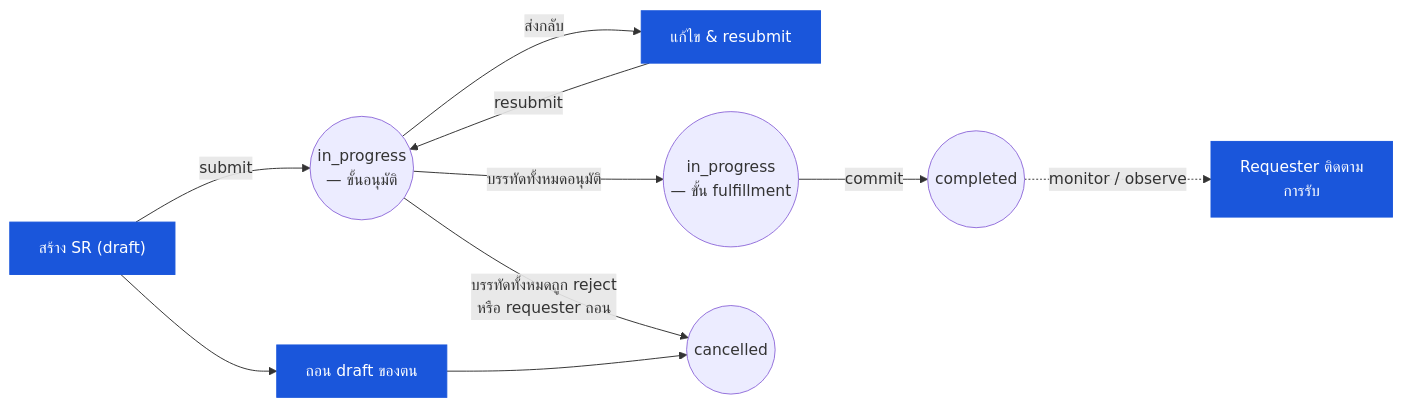
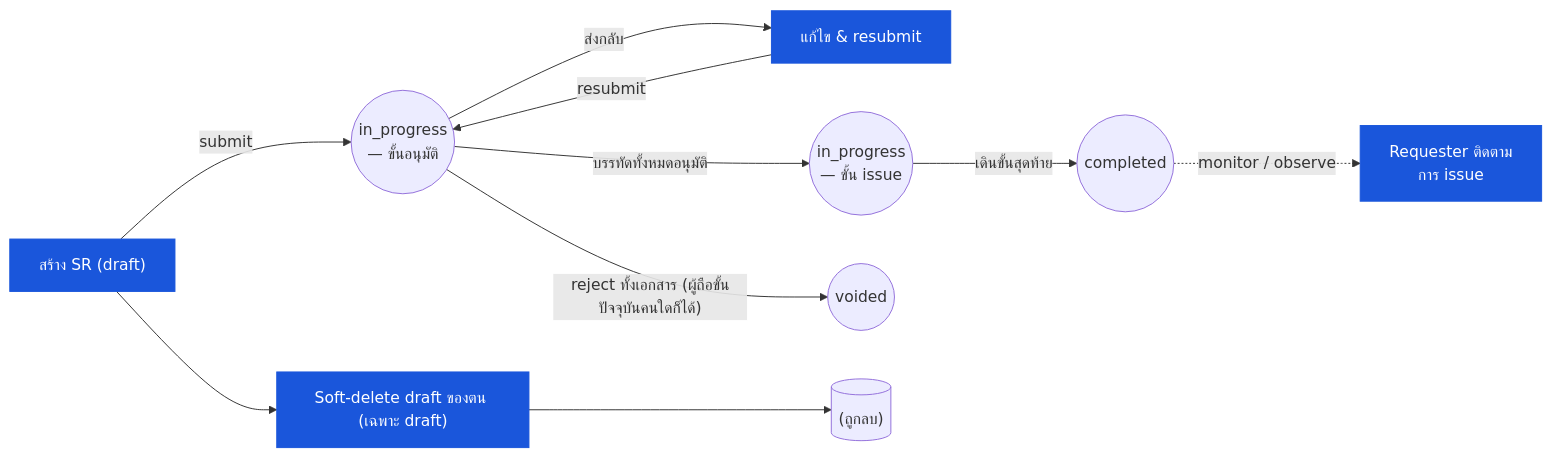
One commit to CarmenSoftware-organization/carmen-wiki changed the diagram in th/inventory/store-requisition/03-user-flow-requester.md. Above: the diagram before and after it, drawn with Mermaid. The commit also changed other lines of this file and 34 other files, not shown here.

````diff
--- a/th/inventory/store-requisition/03-user-flow-requester.md
+++ b/th/inventory/store-requisition/03-user-flow-requester.md
@@ -23,13 +24,13 @@
 ```mermaid
 graph LR
     create["สร้าง SR (draft)"]:::current -->|"submit"| approval(("in_progress\n— ขั้นอนุมัติ"))
     approval -->|"ส่งกลับ"| amend["แก้ไข & resubmit"]:::current
     amend -->|"resubmit"| approval
-    approval -->|"บรรทัดทั้งหมดอนุมัติ"| fulfil(("in_progress\n— ขั้น fulfillment"))
-    fulfil -->|"commit"| completed(("completed"))
-    approval -->|"บรรทัดทั้งหมดถูก reject\nหรือ requester ถอน"| cancelled(("cancelled"))
-    draft_cancel["ถอน draft ของตน"]:::current --> cancelled
-    create --> draft_cancel
-    completed -.->|"monitor / observe"| observer["Requester ติดตาม\nการรับ"]:::current
+    approval -->|"บรรทัดทั้งหมดอนุมัติ"| fulfil(("in_progress\n— ขั้น issue"))
+    fulfil -->|"เดินขั้นสุดท้าย"| completed(("completed"))
+    approval -->|"reject ทั้งเอกสาร (ผู้ถือขั้นปัจจุบันคนใดก็ได้)"| voided(("voided"))
+    draft_delete["Soft-delete draft ของตน (เฉพาะ draft)"]:::current --> deleted[("(ถูกลบ)")]
+    create --> draft_delete
+    completed -.->|"monitor / observe"| observer["Requester ติดตาม\nการ issue"]:::current
     classDef current fill:#1a56db,color:#fff,stroke:#1a56db;
 ```
````
